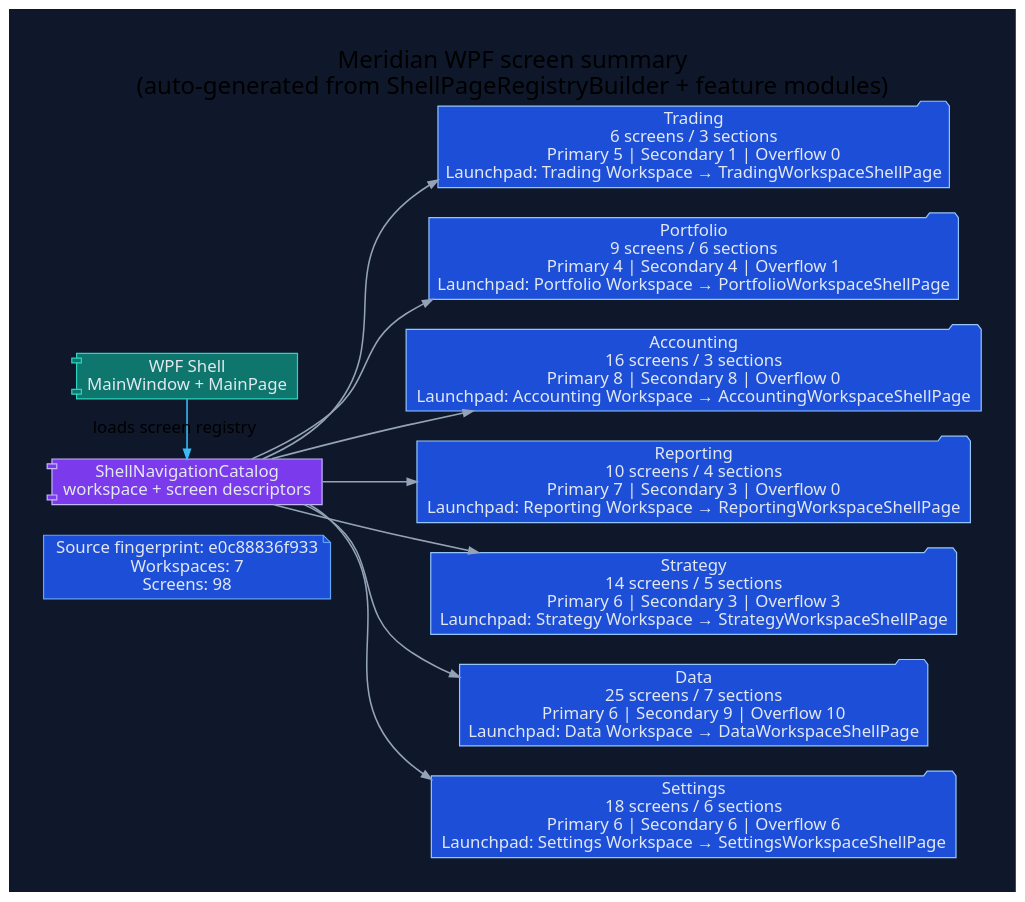
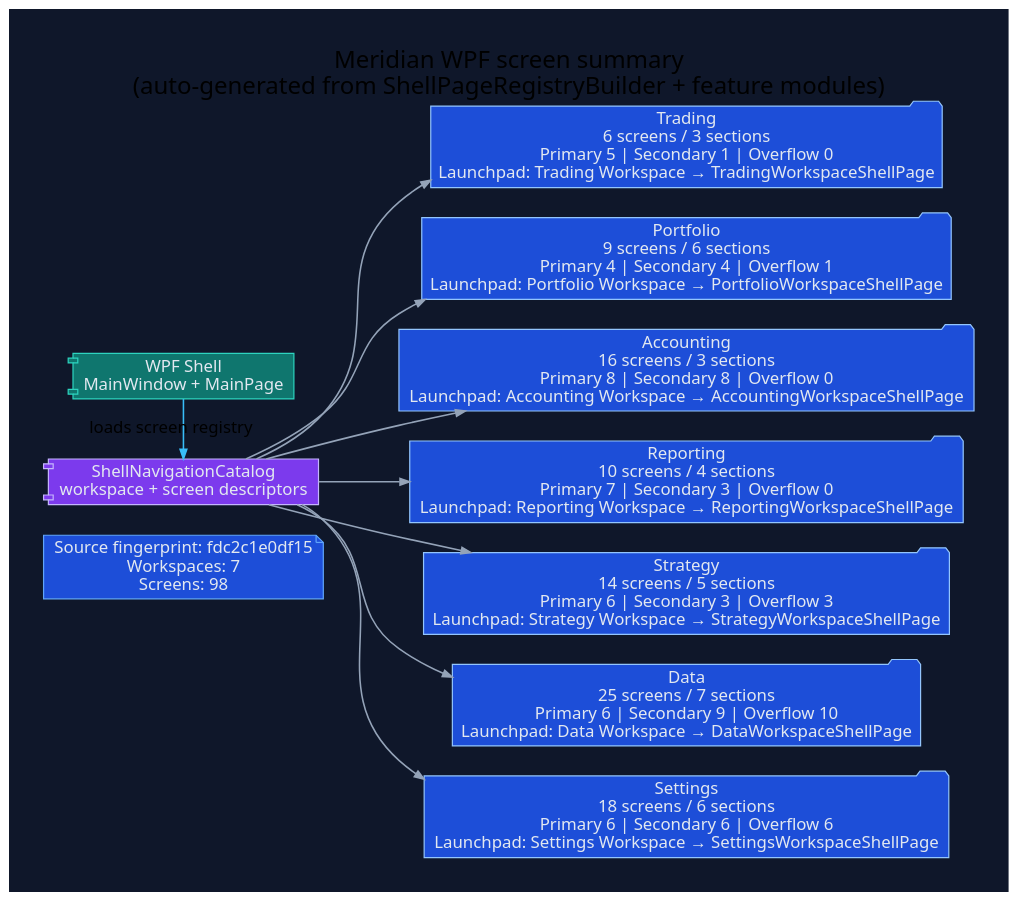
The diagram in docs/diagrams/ui-wpf-screen-summary.dot (rodoHasArrived/Meridian-main), drawn with Graphviz before and after one commit. The commit also changed 187 other files, not shown here.

```diff
--- a/docs/diagrams/ui-wpf-screen-summary.dot
+++ b/docs/diagrams/ui-wpf-screen-summary.dot
@@ -1,42 +1,42 @@
 // -----------------------------------------------------------------------------
 // <auto-generated>
 // Generated by scripts/generate-diagrams.mjs.
 // Do not edit this file directly; update the WPF source files instead.
 // -----------------------------------------------------------------------------
 digraph WpfScreenSummary {
   graph [
     rankdir=LR,
     labelloc=t,
     label="Meridian WPF screen summary\n(auto-generated from ShellPageRegistryBuilder + feature modules)",
     fontname="Segoe UI",
     fontsize=20,
     pad=0.4,
     nodesep=0.35,
     ranksep=0.85,
     bgcolor="#0f172a"
   ];
   node [fontname="Segoe UI", shape=box, style="rounded,filled", color="#475569", fontcolor="#e2e8f0", fillcolor="#1e293b"];
   edge [fontname="Segoe UI", color="#94a3b8", penwidth=1.3, arrowsize=0.8];
 
-  generated [shape=note, fillcolor="#1d4ed8", color="#60a5fa", label="Source fingerprint: e0c88836f933\nWorkspaces: 7\nScreens: 98"];
+  generated [shape=note, fillcolor="#1d4ed8", color="#60a5fa", label="Source fingerprint: fdc2c1e0df15\nWorkspaces: 7\nScreens: 98"];
   shell [shape=component, fillcolor="#0f766e", color="#2dd4bf", label="WPF Shell\nMainWindow + MainPage"];
   catalog [shape=component, fillcolor="#7c3aed", color="#c4b5fd", label="ShellNavigationCatalog\nworkspace + screen descriptors"];
   shell -> catalog [label="loads screen registry", color="#38bdf8"];
 
   workspace_1 [shape=folder, fillcolor="#1d4ed8", color="#93c5fd", label="Trading\n6 screens / 3 sections\nPrimary 5 | Secondary 1 | Overflow 0\nLaunchpad: Trading Workspace → TradingWorkspaceShellPage"];
   catalog -> workspace_1;
   workspace_2 [shape=folder, fillcolor="#1d4ed8", color="#93c5fd", label="Portfolio\n9 screens / 6 sections\nPrimary 4 | Secondary 4 | Overflow 1\nLaunchpad: Portfolio Workspace → PortfolioWorkspaceShellPage"];
   catalog -> workspace_2;
   workspace_3 [shape=folder, fillcolor="#1d4ed8", color="#93c5fd", label="Accounting\n16 screens / 3 sections\nPrimary 8 | Secondary 8 | Overflow 0\nLaunchpad: Accounting Workspace → AccountingWorkspaceShellPage"];
   catalog -> workspace_3;
   workspace_4 [shape=folder, fillcolor="#1d4ed8", color="#93c5fd", label="Reporting\n10 screens / 4 sections\nPrimary 7 | Secondary 3 | Overflow 0\nLaunchpad: Reporting Workspace → ReportingWorkspaceShellPage"];
   catalog -> workspace_4;
   workspace_5 [shape=folder, fillcolor="#1d4ed8", color="#93c5fd", label="Strategy\n14 screens / 5 sections\nPrimary 6 | Secondary 3 | Overflow 3\nLaunchpad: Strategy Workspace → StrategyWorkspaceShellPage"];
   catalog -> workspace_5;
   workspace_6 [shape=folder, fillcolor="#1d4ed8", color="#93c5fd", label="Data\n25 screens / 7 sections\nPrimary 6 | Secondary 9 | Overflow 10\nLaunchpad: Data Workspace → DataWorkspaceShellPage"];
   catalog -> workspace_6;
   workspace_7 [shape=folder, fillcolor="#1d4ed8", color="#93c5fd", label="Settings\n18 screens / 6 sections\nPrimary 6 | Secondary 6 | Overflow 6\nLaunchpad: Settings Workspace → SettingsWorkspaceShellPage"];
   catalog -> workspace_7;
 
   { rank=min; generated; shell; catalog; }
 }
```
